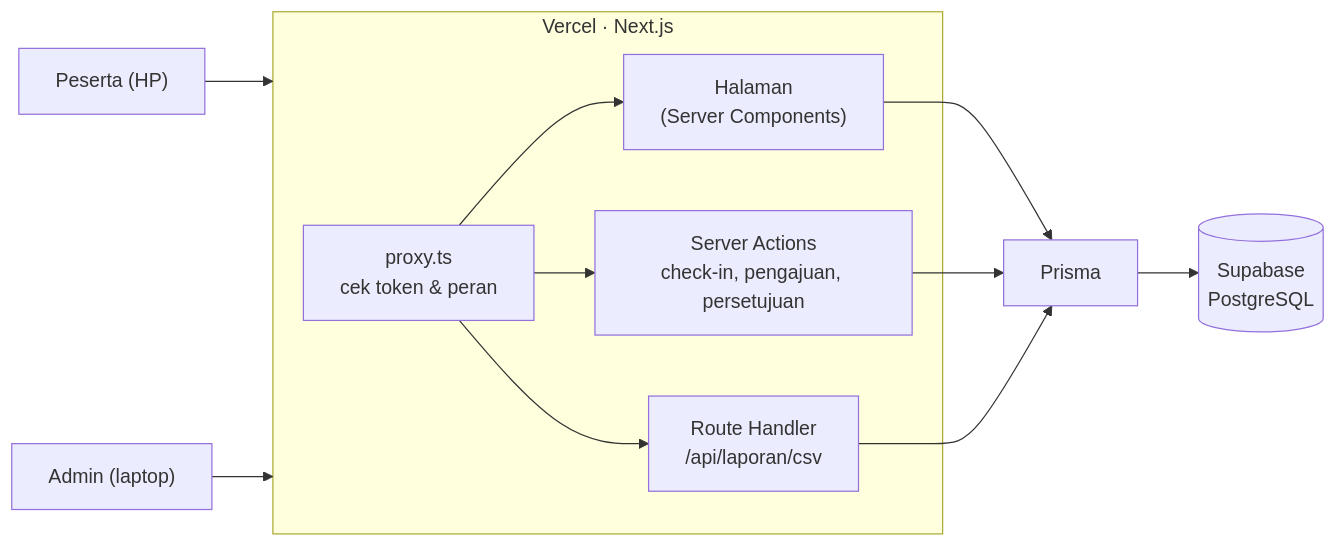
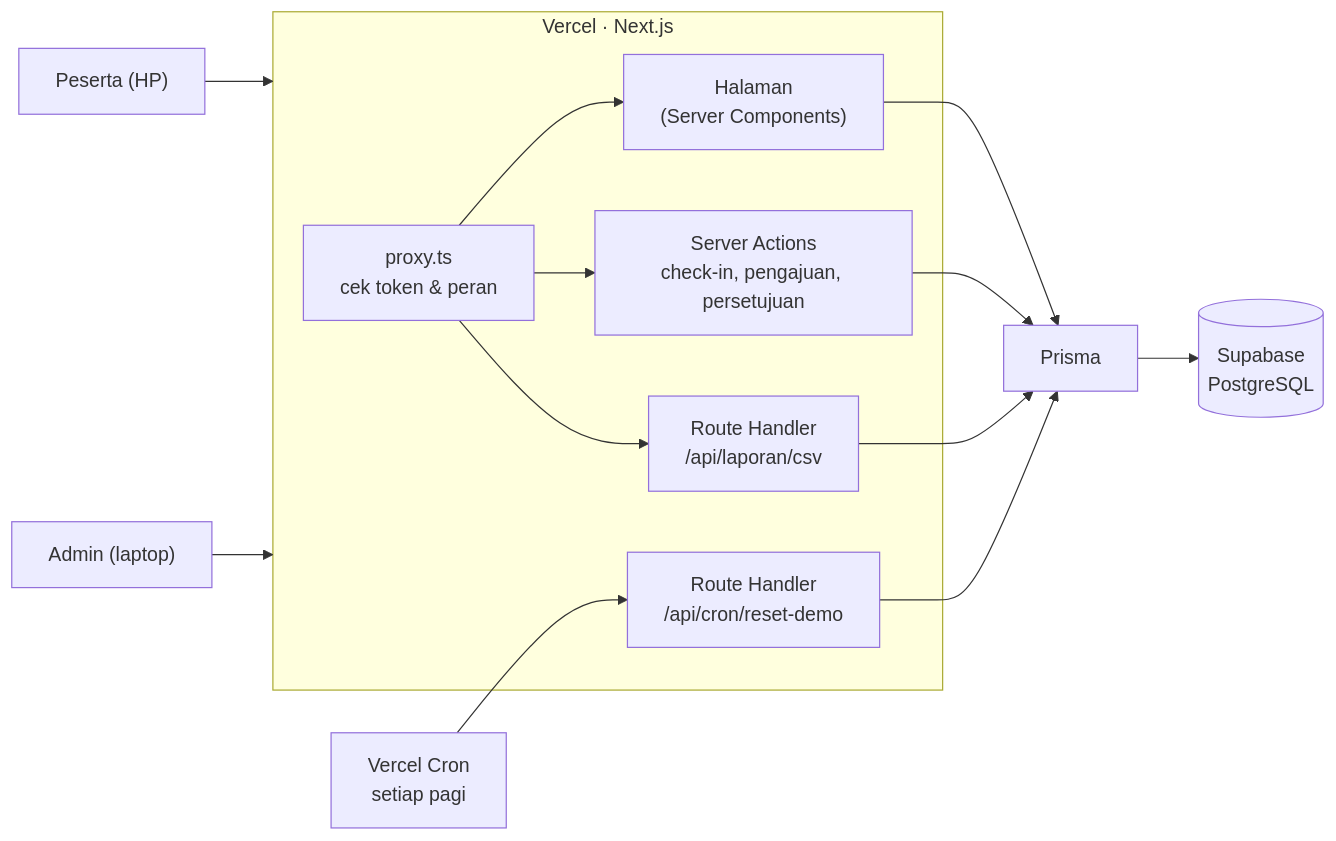
The first of 9 diagrams in docs/02-desain.md (Acask8rawK/absensi-detikcom), drawn with Mermaid before and after one commit. The commit also changed other lines of this file and 7 other files, not shown here.

````diff
--- a/docs/02-desain.md
+++ b/docs/02-desain.md
@@ -9,14 +9,17 @@
 ```mermaid
 flowchart LR
   HP["Peserta (HP)"] --> V
   LP["Admin (laptop)"] --> V
   subgraph V["Vercel · Next.js"]
     PX["proxy.ts<br/>cek token & peran"] --> PG["Halaman<br/>(Server Components)"]
     PX --> SA["Server Actions<br/>check-in, pengajuan, persetujuan"]
     PX --> RH["Route Handler<br/>/api/laporan/csv"]
+    RC["Route Handler<br/>/api/cron/reset-demo"]
   end
+  CR["Vercel Cron<br/>setiap pagi"] --> RC
   PG --> PR["Prisma"]
   SA --> PR
   RH --> PR
+  RC --> PR
   PR --> DB[("Supabase<br/>PostgreSQL")]
 ```
````
